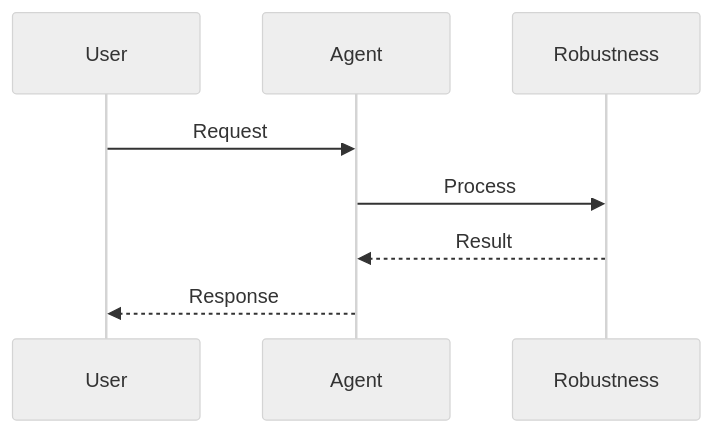
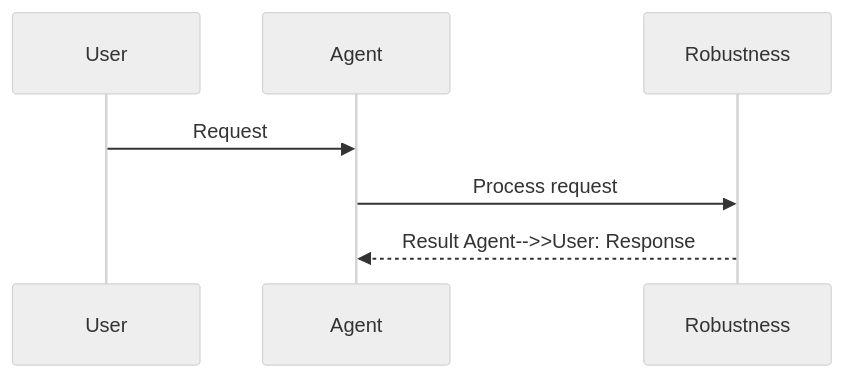
One commit to MervinPraison/PraisonAIDocs changed the second of 2 diagrams in docs/features/robustness.mdx. Above: the diagram before and after it, drawn with Mermaid (neutral theme). The commit also changed 204 other files, not shown here.

First line of the commit message:
docs: align feature/tool pages with AGENTS.md hero + sequence + import standards (fixes #1775)

````diff
--- a/docs/features/robustness.mdx
+++ b/docs/features/robustness.mdx
@@ -47,11 +47,10 @@
 ```mermaid
 sequenceDiagram
     participant User
     participant Agent
-    participant Robustness
+    participant Feature as Robustness
 
     User->>Agent: Request
-    Agent->>Robustness: Process
-    Robustness-->>Agent: Result
-    Agent-->>User: Response
+    Agent->>Feature: Process request
+    Feature-->>Agent: Result    Agent-->>User: Response
 ```
````
